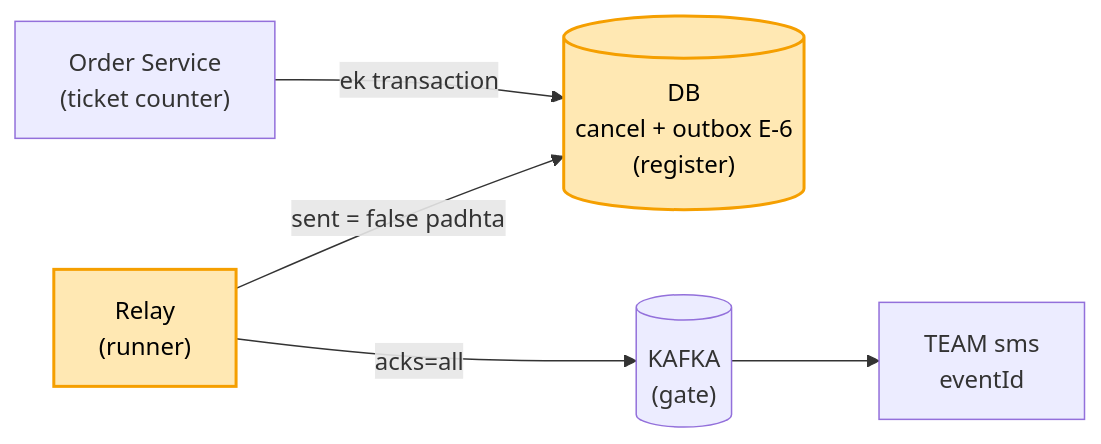
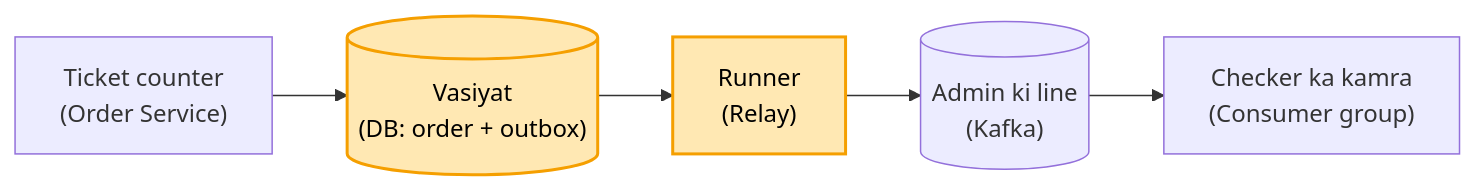
One commit to ArpanMaheshwari144/Prep changed the fourth of 4 diagrams in 04_HLD/SYSTEM_DESIGNS/12_message_queue_kafka/12_message_queue_kafka.md. Above: the diagram before and after it, drawn with Mermaid. The commit also changed other lines of this file and 13 other files, not shown here.

````diff
--- a/04_HLD/SYSTEM_DESIGNS/12_message_queue_kafka/12_message_queue_kafka.md
+++ b/04_HLD/SYSTEM_DESIGNS/12_message_queue_kafka/12_message_queue_kafka.md
@@ -325,9 +135,9 @@
 ```mermaid
 flowchart LR
-    O["Order Service<br/>(ticket counter)"] -- "ek transaction" --> DB[("DB<br/>cancel + outbox E-6<br/>(register)")]
-    RL["Relay<br/>(runner)"] -- "sent = false padhta" --> DB
-    RL -- "acks=all" --> K[("KAFKA<br/>(gate)")]
-    K --> S["TEAM sms<br/>eventId"]
-    style DB fill:#ffe8b3,stroke:#f59f00,stroke-width:2px,color:#000
+    O["Ticket counter<br/>(Order Service)"] --> D[("Vasiyat<br/>(DB: order + outbox)")]
+    D --> RL["Runner<br/>(Relay)"]
+    RL --> K[("Admin ki line<br/>(Kafka)")]
+    K --> C["Checker ka kamra<br/>(Consumer group)"]
+    style D fill:#ffe8b3,stroke:#f59f00,stroke-width:2px,color:#000
     style RL fill:#ffe8b3,stroke:#f59f00,stroke-width:2px,color:#000
 ```
````
